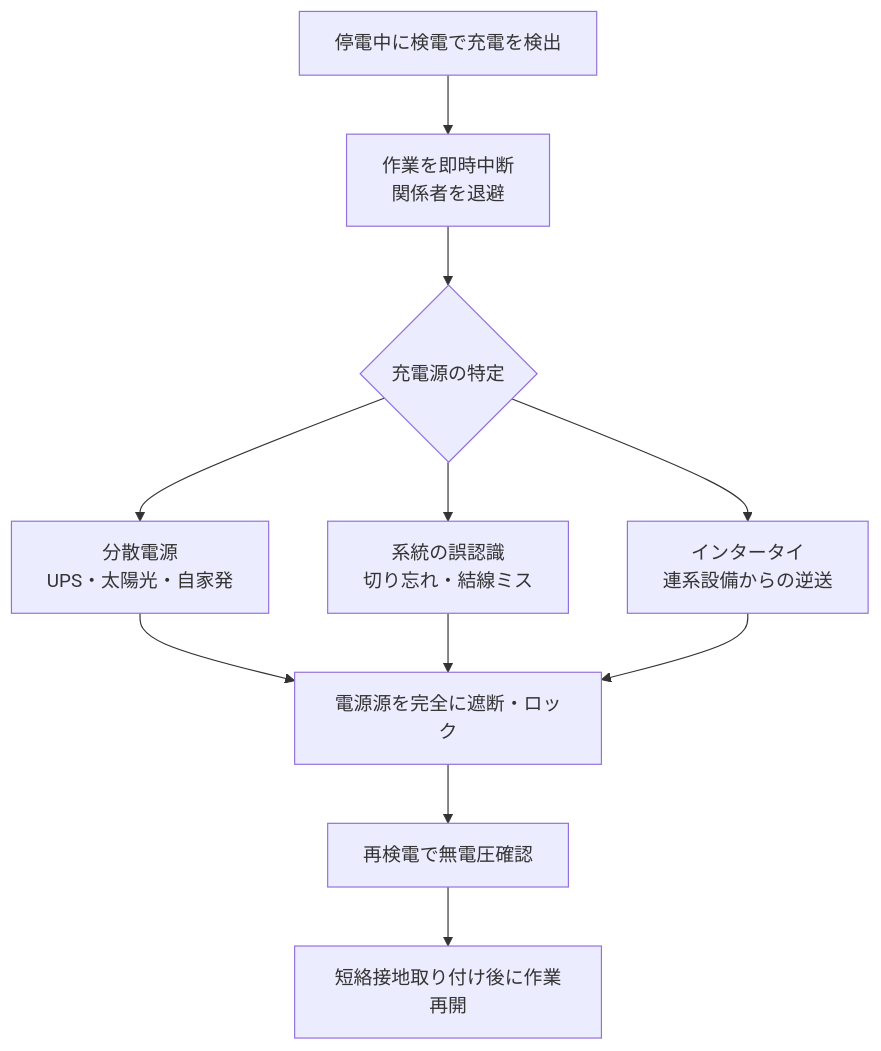
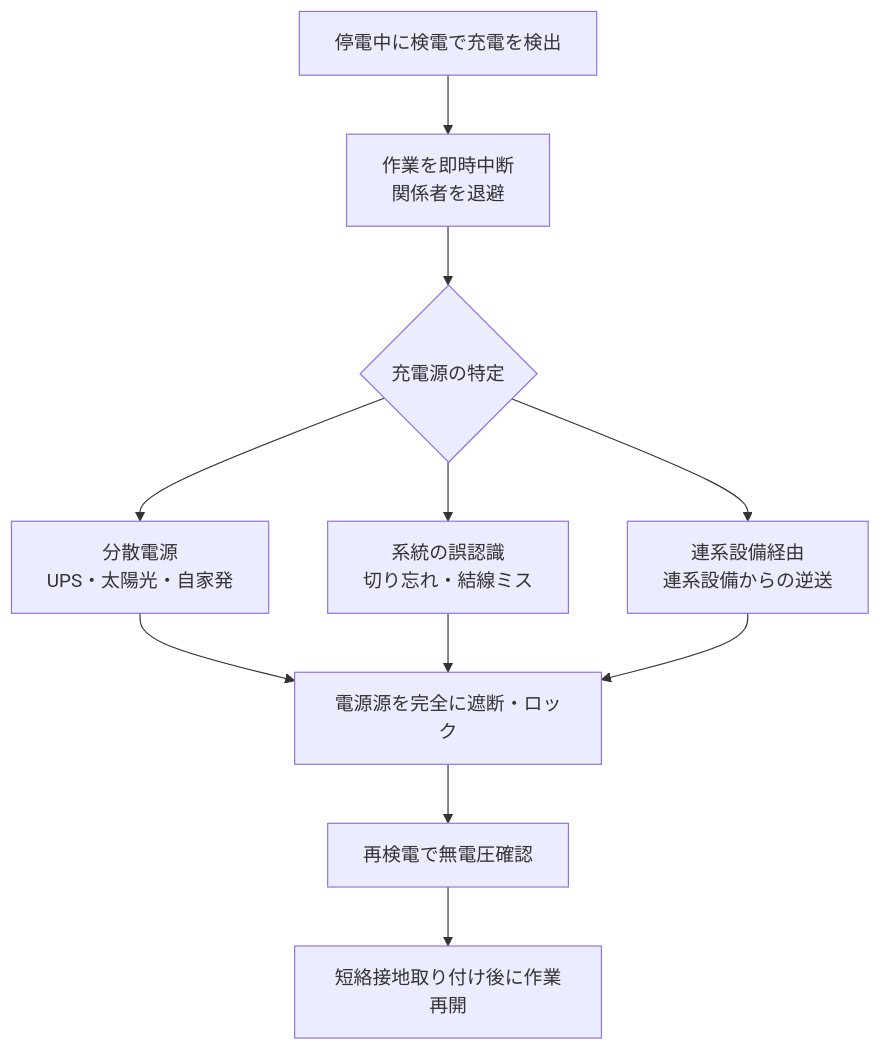
One commit to kfurufuru/ei-wiki changed the fourth of 4 diagrams in docs/06-trouble/abnormal-situation.md. Above: the diagram before and after it, drawn with Mermaid. The commit also changed 73 other files, not shown here.

````diff
--- a/docs/06-trouble/abnormal-situation.md
+++ b/docs/06-trouble/abnormal-situation.md
@@ -175,11 +175,11 @@
 ```mermaid
 flowchart TD
     A[停電中に検電で充電を検出] --> B[作業を即時中断\n関係者を退避]
     B --> C{充電源の特定}
     C --> D[分散電源\nUPS・太陽光・自家発]
     C --> E[系統の誤認識\n切り忘れ・結線ミス]
-    C --> F[インタータイ\n連系設備からの逆送]
+    C --> F[連系設備経由\n連系設備からの逆送]
     D & E & F --> G[電源源を完全に遮断・ロック]
     G --> H[再検電で無電圧確認]
     H --> I[短絡接地取り付け後に作業再開]
 ```
````
